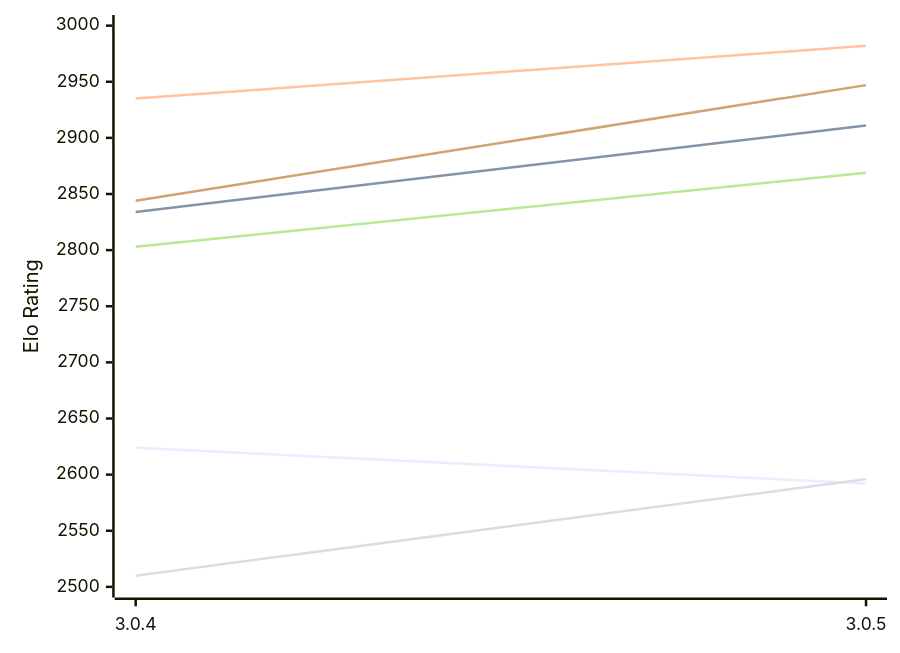
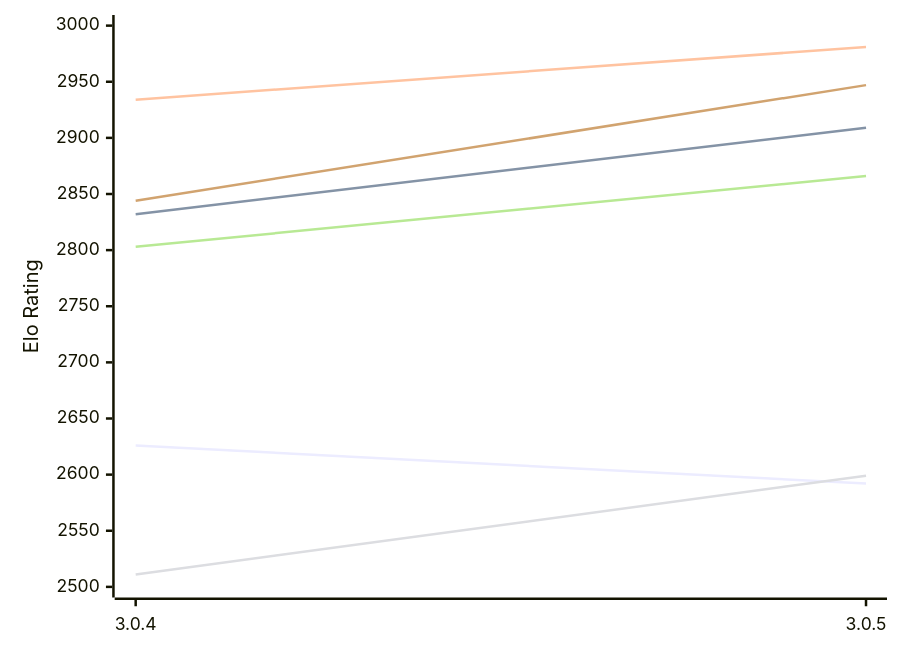
Before and after one commit to computer-chess-index/cci: the first of 2 diagrams in engines/Rudim.md, drawn with Mermaid. The commit also changed other lines of this file, not shown here.

Commit message:
Update CCI Ratings (ELO VLTC) - 2026-11-19

````diff
--- a/engines/Rudim.md
+++ b/engines/Rudim.md
@@ -59,12 +59,12 @@
 ```mermaid
 %%{init: {"theme":"base","themeVariables":{"seriesColors:['#a3a3a3','#222221','#faa371']}}}%%
 xychart-beta
   x-axis ["3.0.4", "3.0.5"]
   y-axis "Elo Rating" 2500 --> 3000
-  line "E1: STC (8.0+0.08s)" [2624, 2592]
-  line "E1: LTC (60.0+0.60s)" [2834, 2911]
-  line "E1: VLTC (2m24s+1.12s)" [2935, 2982]
-  line "P1: STC (8.0+0.08s)" [2510, 2596]
-  line "P1: LTC (60.0+0.60s)" [2803, 2869]
+  line "E1: STC (8.0+0.08s)" [2626, 2592]
+  line "E1: LTC (60.0+0.60s)" [2832, 2909]
+  line "E1: VLTC (2m24s+1.12s)" [2934, 2981]
+  line "P1: STC (8.0+0.08s)" [2511, 2599]
+  line "P1: LTC (60.0+0.60s)" [2803, 2866]
   line "P1: VLTC (2m24s+1.12s)" [2844, 2947]
 ```
````
